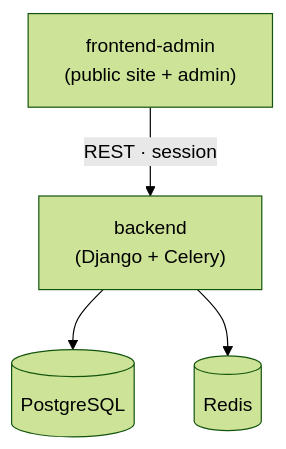
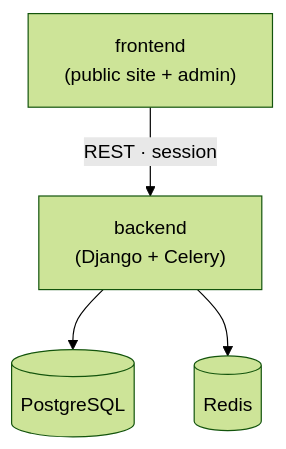
Before and after one commit to BSStudio/request-manager: the diagram in README.md, drawn with Mermaid (forest theme). The commit also changed other lines of this file and 388 other files, not shown here.

Commit message:
Rename frontend-admin to frontend (#1795)

````diff
--- a/README.md
+++ b/README.md
@@ -27,6 +27,6 @@
 ```mermaid
 flowchart TD
-    frontend["frontend-admin<br/>(public site + admin)"] -->|REST · session| backend
+    frontend["frontend<br/>(public site + admin)"] -->|REST · session| backend
     backend["backend<br/>(Django + Celery)"] --> postgres[("PostgreSQL")]
     backend --> redis[("Redis")]
 ```
````
